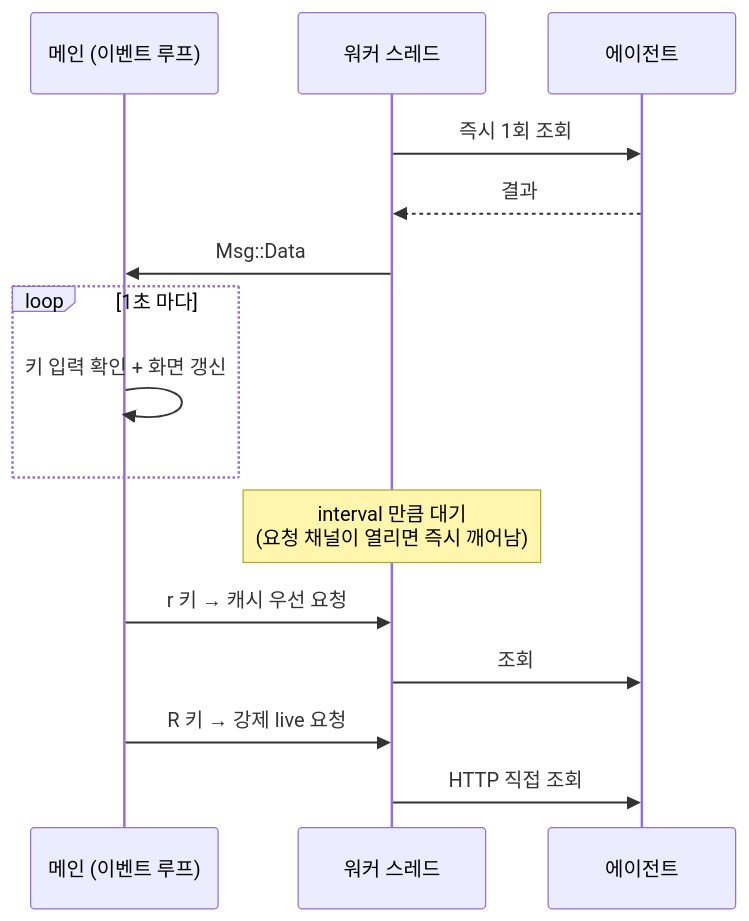
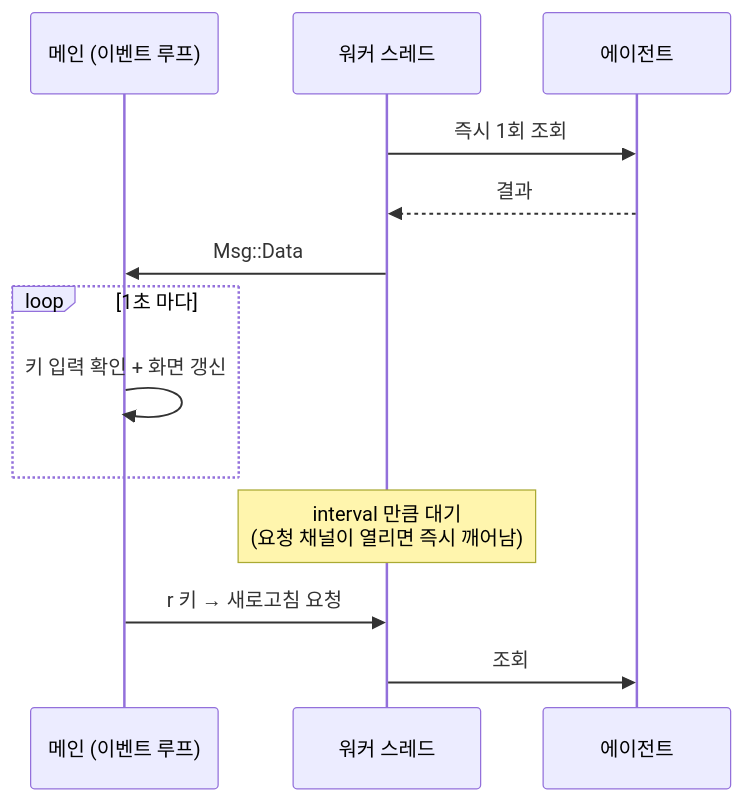
One commit to yoophi/agentmeter changed the second of 2 diagrams in docs/architecture.md. Above: the diagram before and after it, drawn with Mermaid. The commit also changed other lines of this file and 19 other files, not shown here.

````diff
--- a/docs/architecture.md
+++ b/docs/architecture.md
@@ -130,17 +149,15 @@
 ```mermaid
 sequenceDiagram
     participant M as 메인 (이벤트 루프)
     participant W as 워커 스레드
     participant S as 에이전트
     W->>S: 즉시 1회 조회
     S-->>W: 결과
     W->>M: Msg::Data
     loop 1초 마다
         M->>M: 키 입력 확인 + 화면 갱신
     end
     Note over W: interval 만큼 대기<br/>(요청 채널이 열리면 즉시 깨어남)
-    M->>W: r 키 → 캐시 우선 요청
+    M->>W: r 키 → 새로고침 요청
     W->>S: 조회
-    M->>W: R 키 → 강제 live 요청
-    W->>S: HTTP 직접 조회
 ```
````
